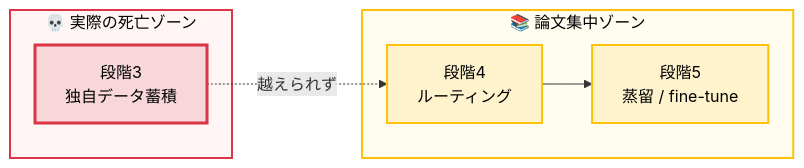
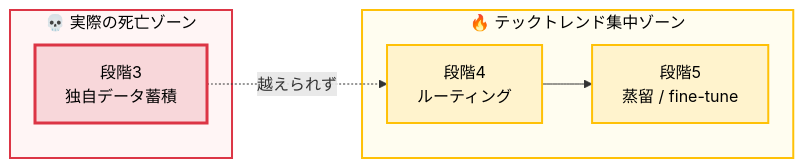
The diagram in 2026-05-01/diagrams/death-zone.mmd (rkawajiri/tech-slides), drawn with Mermaid before and after one commit. The commit also changed 2 other files, not shown here.

Commit message:
Reframe "papers" as "tech trend / engineers' interest" in 2026-05-01 slides
- Revert title/subtitle to original "AIラッパーで勝つ理由、負ける理由"
- Replace 論文/学術 references with テックトレンド/技術者・研究者の関心 framing across TL;DR, mismatch slide, why-stage-3-isn't-papers slide, and takeaways
- Update death-zone diagram subgraph label from 📚 論文集中ゾーン to 🔥 テックトレンド集中ゾーン and regenerate SVG

```diff
--- a/2026-05-01/diagrams/death-zone.mmd
+++ b/2026-05-01/diagrams/death-zone.mmd
@@ -1,18 +1,18 @@
 flowchart LR
   subgraph DEATH["💀 実際の死亡ゾーン"]
     D3["段階3<br/>独自データ蓄積"]
   end
 
-  subgraph PAPERS["📚 論文集中ゾーン"]
+  subgraph TREND["🔥 テックトレンド集中ゾーン"]
     P4["段階4<br/>ルーティング"]
     P5["段階5<br/>蒸留 / fine-tune"]
   end
 
   D3 -.越えられず.-> P4
   P4 --> P5
 
   style D3 fill:#f8d7da,stroke:#dc3545,stroke-width:3px,color:#000
   style P4 fill:#fff3cd,stroke:#ffc107,stroke-width:2px,color:#000
   style P5 fill:#fff3cd,stroke:#ffc107,stroke-width:2px,color:#000
   style DEATH fill:#fff5f5,stroke:#dc3545,stroke-width:2px,color:#000
-  style PAPERS fill:#fffdf0,stroke:#ffc107,stroke-width:2px,color:#000
+  style TREND fill:#fffdf0,stroke:#ffc107,stroke-width:2px,color:#000
```
